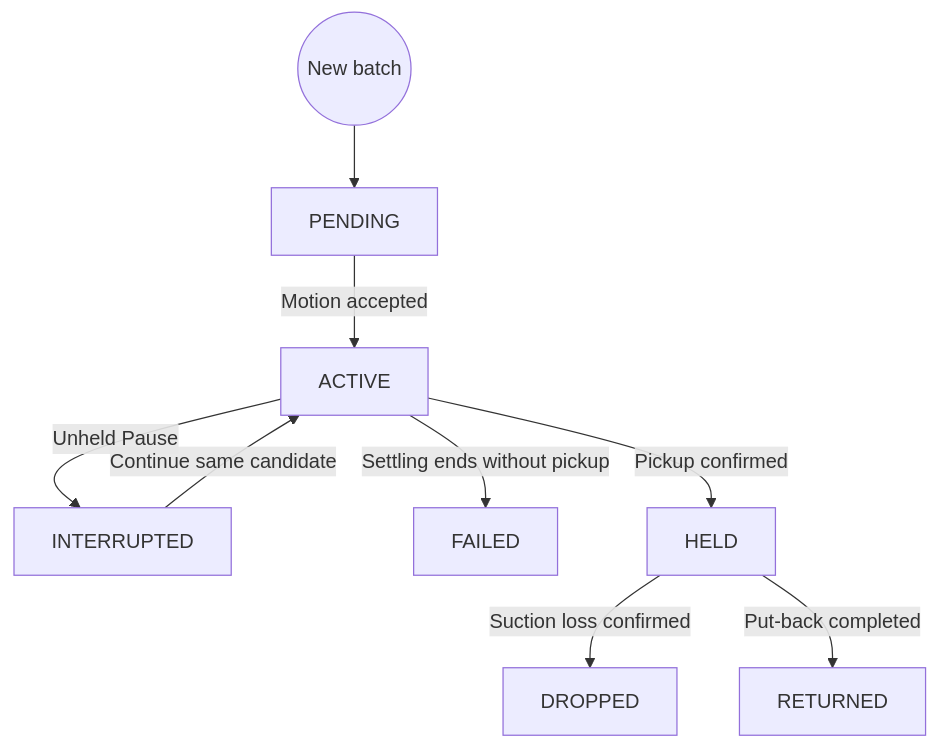
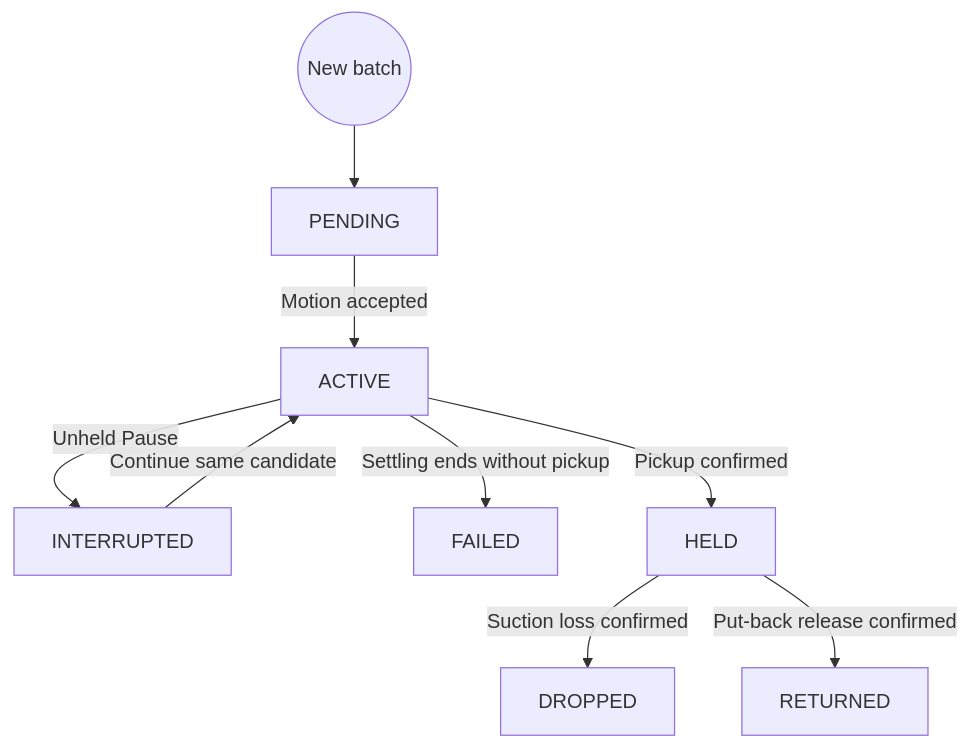
Before and after one commit to esgange/dobot_picknplace_yolo: the third of 6 diagrams in docs/ROBOT_CONTROLLER_FSM.md, drawn with Mermaid. The commit also changed other lines of this file and 19 other files, not shown here.

````diff
--- a/docs/ROBOT_CONTROLLER_FSM.md
+++ b/docs/ROBOT_CONTROLLER_FSM.md
@@ -136,11 +136,11 @@
 ```mermaid
 flowchart TD
     Batch((New batch)) --> PENDING
     PENDING -->|Motion accepted| ACTIVE
     ACTIVE -->|Unheld Pause| INTERRUPTED
     INTERRUPTED -->|Continue same candidate| ACTIVE
     ACTIVE -->|Settling ends without pickup| FAILED
     ACTIVE -->|Pickup confirmed| HELD
     HELD -->|Suction loss confirmed| DROPPED
-    HELD -->|Put-back completed| RETURNED
+    HELD -->|Put-back release confirmed| RETURNED
 ```
````
